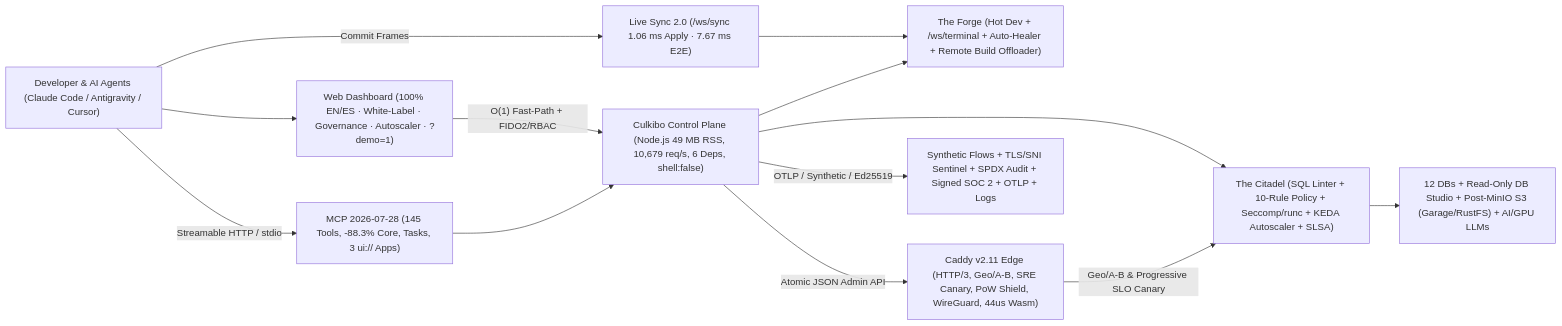
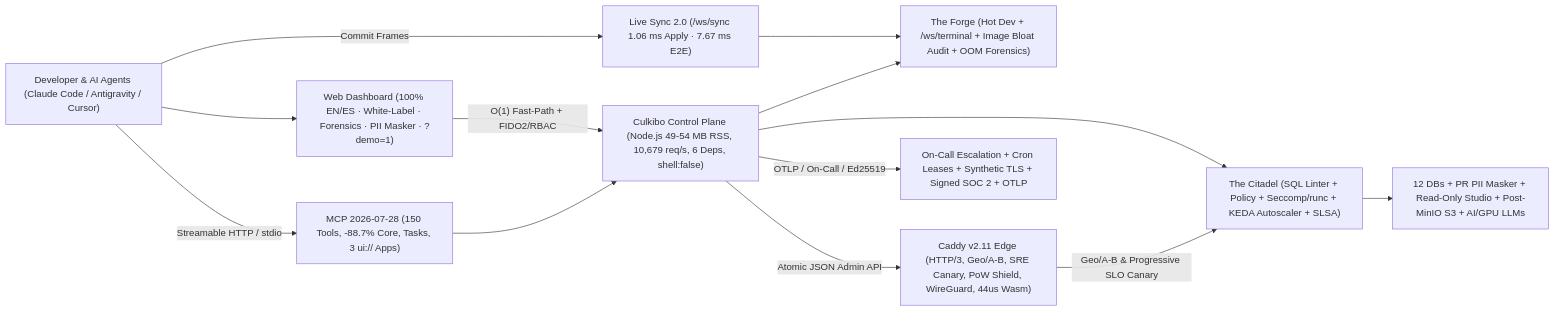
One commit to macaqueboy/culkibo changed the diagram in README.md. Above: the diagram before and after it, drawn with Mermaid. The commit also changed other lines of this file and 27 other files, not shown here.

Commit message:
feat(cycle-13): 150 MCP Tools & 62 Suites Milestone — image bloat auditor, cron fencing leases, PR-preview PII masker, OOM forensics & on-call router

````diff
--- a/README.md
+++ b/README.md
@@ -186,26 +187,26 @@
 ```mermaid
 flowchart LR
     Dev["Developer & AI Agents (Claude Code / Antigravity / Cursor)"]
-    UI["Web Dashboard (100% EN/ES · White-Label · Governance · Autoscaler · ?demo=1)"]
-    MCP["MCP 2026-07-28 (145 Tools, -88.3% Core, Tasks, 3 ui:// Apps)"]
+    UI["Web Dashboard (100% EN/ES · White-Label · Forensics · PII Masker · ?demo=1)"]
+    MCP["MCP 2026-07-28 (150 Tools, -88.7% Core, Tasks, 3 ui:// Apps)"]
     Sync["Live Sync 2.0 (/ws/sync 1.06 ms Apply · 7.67 ms E2E)"]
-    CP["Culkibo Control Plane (Node.js 49 MB RSS, 10,679 req/s, 6 Deps, shell:false)"]
-    Forge["The Forge (Hot Dev + /ws/terminal + Auto-Healer + Remote Build Offloader)"]
-    Citadel["The Citadel (SQL Linter + 10-Rule Policy + Seccomp/runc + KEDA Autoscaler + SLSA)"]
+    CP["Culkibo Control Plane (Node.js 49-54 MB RSS, 10,679 req/s, 6 Deps, shell:false)"]
+    Forge["The Forge (Hot Dev + /ws/terminal + Image Bloat Audit + OOM Forensics)"]
+    Citadel["The Citadel (SQL Linter + Policy + Seccomp/runc + KEDA Autoscaler + SLSA)"]
     Caddy["Caddy v2.11 Edge (HTTP/3, Geo/A-B, SRE Canary, PoW Shield, WireGuard, 44us Wasm)"]
-    Obs["Synthetic Flows + TLS/SNI Sentinel + SPDX Audit + Signed SOC 2 + OTLP + Logs"]
-    Data["12 DBs + Read-Only DB Studio + Post-MinIO S3 (Garage/RustFS) + AI/GPU LLMs"]
+    Obs["On-Call Escalation + Cron Leases + Synthetic TLS + Signed SOC 2 + OTLP"]
+    Data["12 DBs + PR PII Masker + Read-Only Studio + Post-MinIO S3 + AI/GPU LLMs"]
 
     Dev -->|"Streamable HTTP / stdio"| MCP
     Dev -->|"Commit Frames"| Sync
     Dev --> UI
     UI -->|"O(1) Fast-Path + FIDO2/RBAC"| CP
     MCP --> CP
     Sync --> Forge
     CP --> Forge
     CP --> Citadel
     CP -->|"Atomic JSON Admin API"| Caddy
-    CP -->|"OTLP / Synthetic / Ed25519"| Obs
+    CP -->|"OTLP / On-Call / Ed25519"| Obs
     Citadel --> Data
     Caddy -->|"Geo/A-B & Progressive SLO Canary"| Citadel
 ```
````
